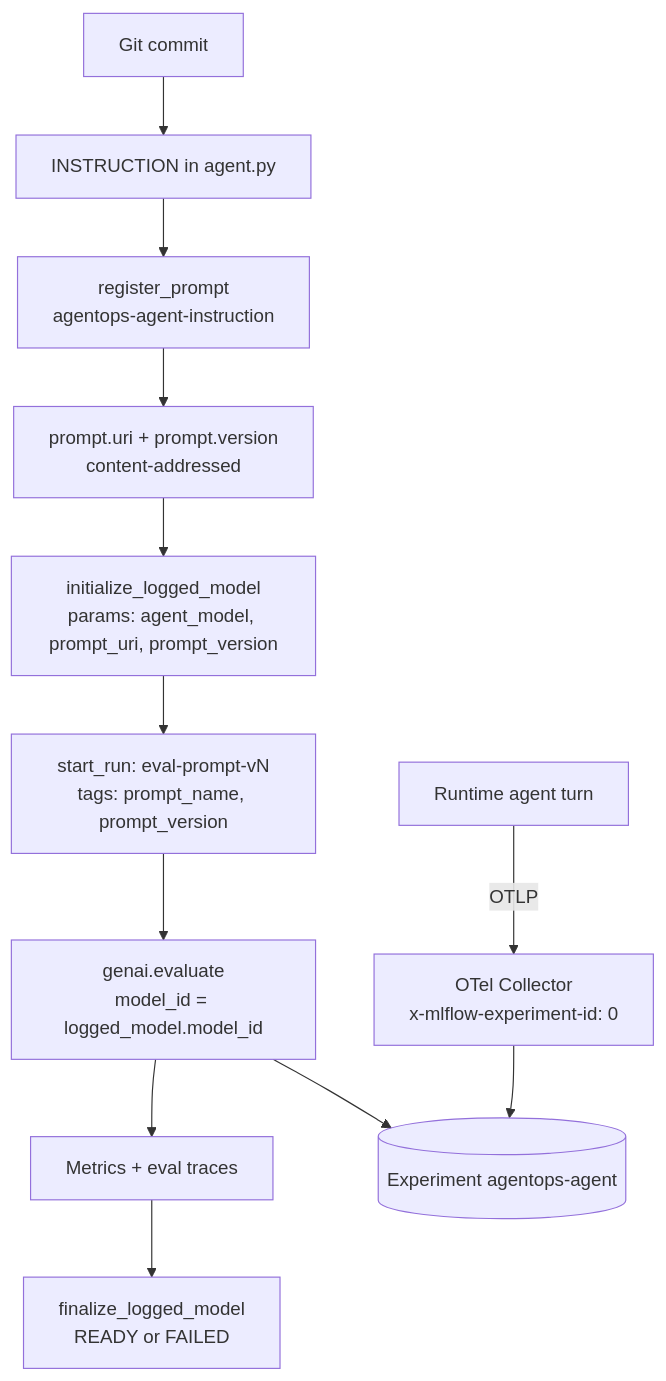
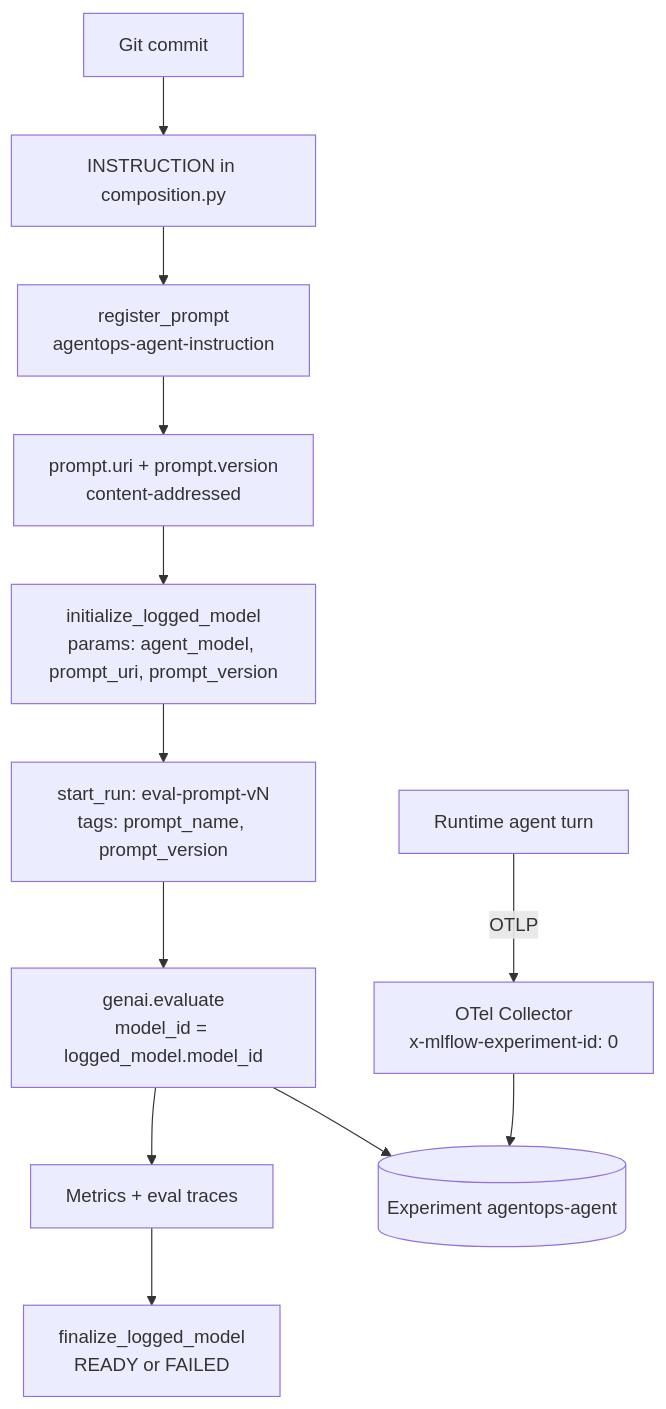
The first of 2 diagrams in docs/7. Observability/7.0. Reproducibility.md (LuiGGi629/agentops-open-course), drawn with Mermaid before and after one commit. The commit also changed other lines of this file and 121 other files, not shown here.

````diff
--- a/docs/7. Observability/7.0. Reproducibility.md
+++ b/docs/7. Observability/7.0. Reproducibility.md
@@ -86,14 +86,14 @@
 ```mermaid
 flowchart TD
-    Commit[Git commit] --> Instruction[INSTRUCTION in agent.py]
+    Commit[Git commit] --> Instruction[INSTRUCTION in composition.py]
     Instruction --> Register[register_prompt<br/>agentops-agent-instruction]
     Register --> Version[prompt.uri + prompt.version<br/>content-addressed]
     Version --> Model[initialize_logged_model<br/>params: agent_model, prompt_uri, prompt_version]
     Model --> Run[start_run: eval-prompt-vN<br/>tags: prompt_name, prompt_version]
     Run --> Evaluate[genai.evaluate<br/>model_id = logged_model.model_id]
     Evaluate --> Metrics[Metrics + eval traces]
     Metrics --> Finalize[finalize_logged_model<br/>READY or FAILED]
     Runtime[Runtime agent turn] -->|OTLP| Collector[OTel Collector<br/>x-mlflow-experiment-id: 0]
     Collector --> Experiment[(Experiment agentops-agent)]
     Evaluate --> Experiment
 ```
````
